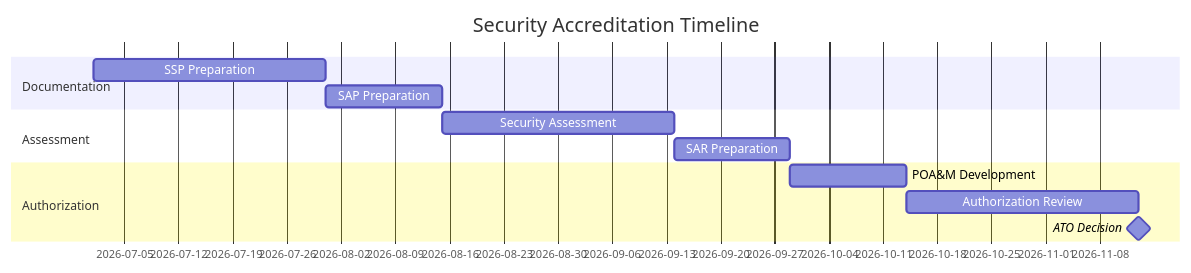
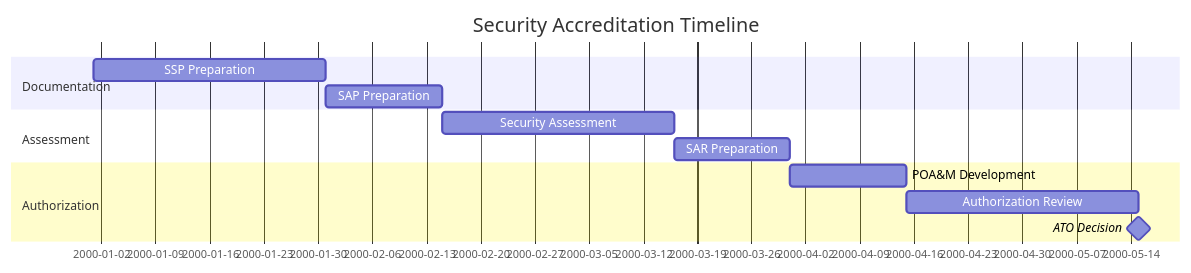
One commit to oat431/swe-knowledge changed the diagram in document-template/22_Domain_Specific/Security-Accreditation-Package.md. Above: the diagram before and after it, drawn with Mermaid. The commit also changed other lines of this file and 56 other files, not shown here.

````diff
--- a/document-template/22_Domain_Specific/Security-Accreditation-Package.md
+++ b/document-template/22_Domain_Specific/Security-Accreditation-Package.md
@@ -87,15 +87,16 @@
 ```mermaid
 gantt
     title Security Accreditation Timeline
     dateFormat YYYY-MM-DD
+    %% Placeholder schedule: base 2000-01-01 = project start; recompute real dates when instantiating
     section Documentation
-    SSP Preparation      :a1, 2026-07-01, 30d
+    SSP Preparation      :a1, 2000-01-01, 30d
     SAP Preparation      :a2, after a1, 15d
     section Assessment
     Security Assessment  :b1, after a2, 30d
     SAR Preparation      :b2, after b1, 15d
     section Authorization
     POA&M Development    :c1, after b2, 15d
     Authorization Review :c2, after c1, 30d
     ATO Decision         :milestone, after c2, 0d
 ```
````
